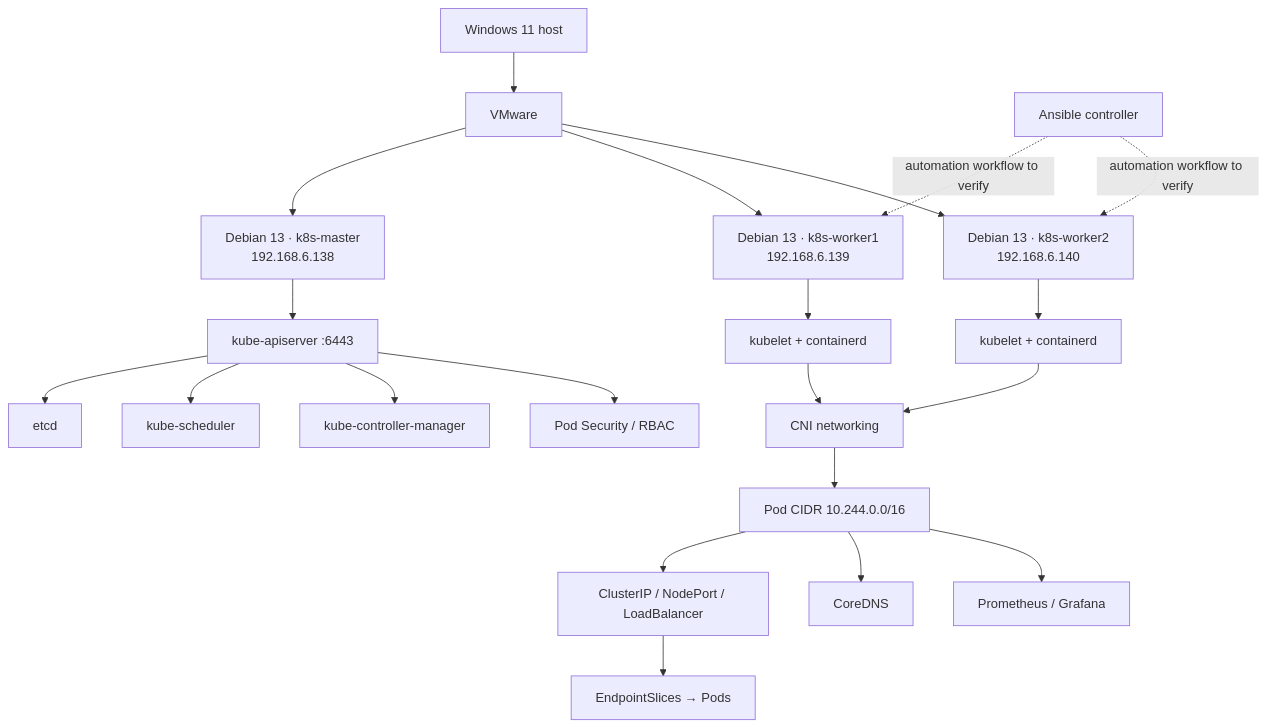
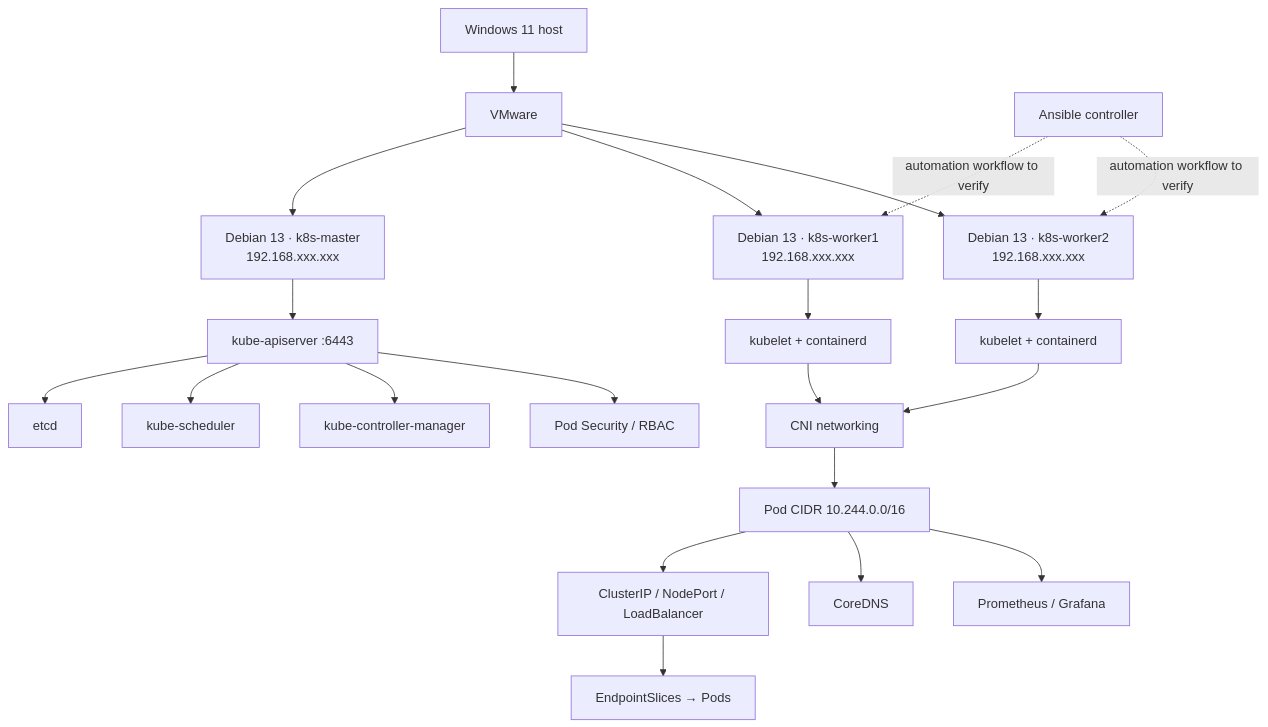
Before and after one commit to Rash499/kubernetes-cluster-lab: the diagram in README.md, drawn with Mermaid. The commit also changed other lines of this file, not shown here.

````diff
--- a/README.md
+++ b/README.md
@@ -7,23 +7,23 @@
 ```mermaid
 flowchart TB
     Host["Windows 11 host"] --> VMware["VMware"]
-    VMware --> M["Debian 13 · k8s-master<br/>192.168.6.138"]
-    VMware --> W1["Debian 13 · k8s-worker1<br/>192.168.6.139"]
-    VMware --> W2["Debian 13 · k8s-worker2<br/>192.168.6.140"]
+    VMware --> M["Debian 13 · k8s-master<br/>192.168.xxx.xxx"]
+    VMware --> W1["Debian 13 · k8s-worker1<br/>192.168.xxx.xxx"]
+    VMware --> W2["Debian 13 · k8s-worker2<br/>192.168.xxx.xxx"]
     M --> API["kube-apiserver :6443"]
     API --> ETCD["etcd"]
     API --> SCH["kube-scheduler"]
     API --> CCM["kube-controller-manager"]
     W1 --> K1["kubelet + containerd"]
     W2 --> K2["kubelet + containerd"]
     K1 --> CNI["CNI networking"]
     K2 --> CNI
     CNI --> Pods["Pod CIDR 10.244.0.0/16"]
     Pods --> Svc["ClusterIP / NodePort / LoadBalancer"]
     Svc --> EPS["EndpointSlices → Pods"]
     Pods --> DNS["CoreDNS"]
     API --> Sec["Pod Security / RBAC"]
     Pods --> Metrics["Prometheus / Grafana"]
     Ansible["Ansible controller"] -. "automation workflow to verify" .-> W1
     Ansible -. "automation workflow to verify" .-> W2
 ```
````
